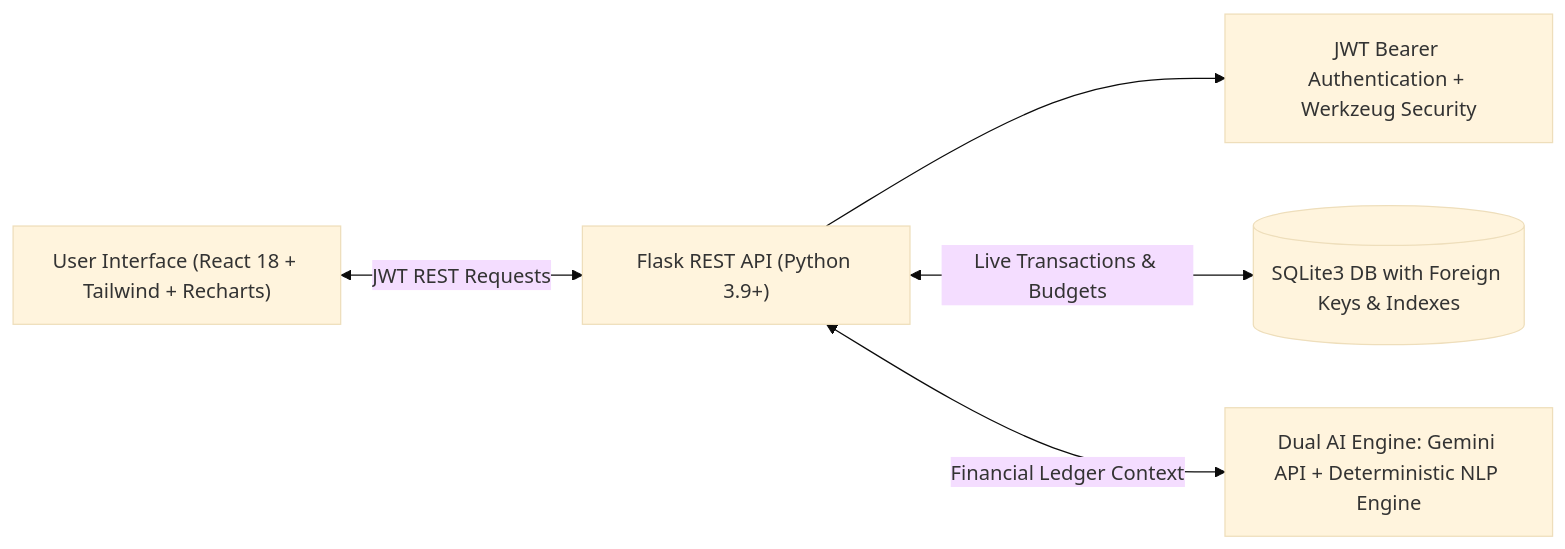
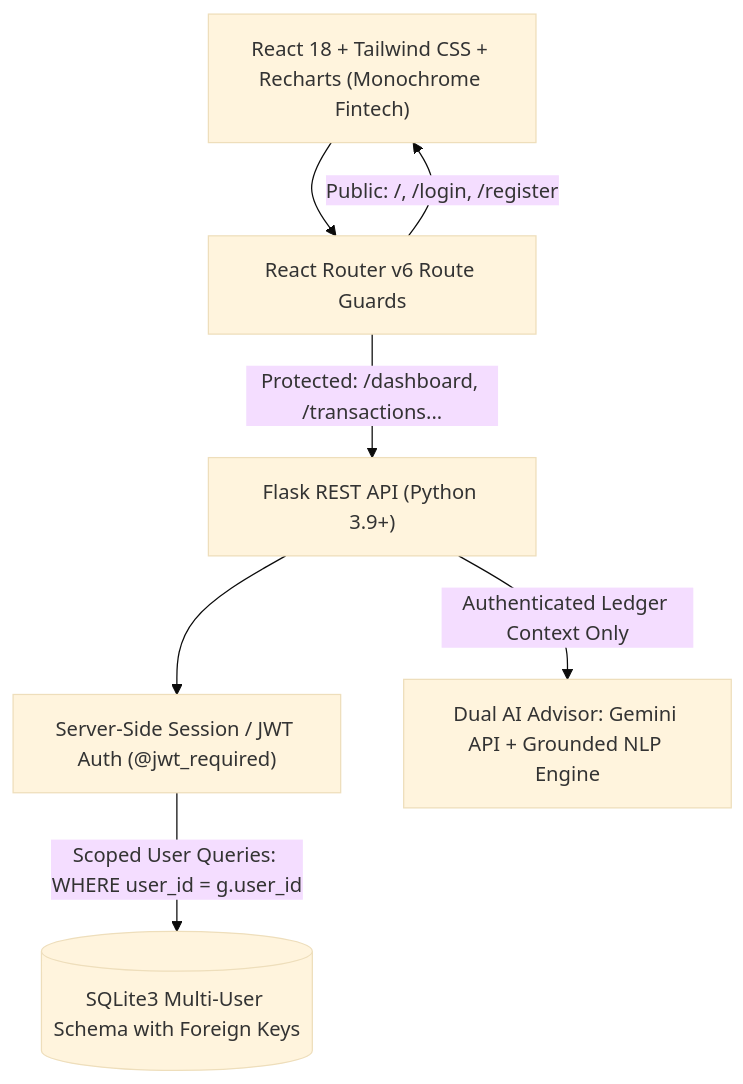
Before and after one commit to vipinkmenon-dev/FinAI: the diagram in README.md, drawn with Mermaid (base theme). The commit also changed other lines of this file and 35 other files, not shown here.

Commit message:
Upgrade FinAI: Multi-user isolation, clean zero-record defaults, React Router, and premium monochrome fintech design

````diff
--- a/README.md
+++ b/README.md
@@ -15,13 +28,16 @@
 ```mermaid
-graph LR
-    User["User Interface (React 18 + Tailwind + Recharts)"]
+graph TD
+    Client["React 18 + Tailwind CSS + Recharts (Monochrome Fintech)"]
+    Router["React Router v6 Route Guards"]
     API["Flask REST API (Python 3.9+)"]
-    Auth["JWT Bearer Authentication + Werkzeug Security"]
-    DB[(SQLite3 DB with Foreign Keys & Indexes)]
-    AI["Dual AI Engine: Gemini API + Deterministic NLP Engine"]
+    Auth["Server-Side Session / JWT Auth (@jwt_required)"]
+    DB[(SQLite3 Multi-User Schema with Foreign Keys)]
+    AI["Dual AI Advisor: Gemini API + Grounded NLP Engine"]
 
-    User <-->|JWT REST Requests| API
+    Client --> Router
+    Router -->|Public: /, /login, /register| Client
+    Router -->|Protected: /dashboard, /transactions...| API
     API --> Auth
-    API <-->|Live Transactions & Budgets| DB
-    API <-->|Financial Ledger Context| AI
+    Auth -->|Scoped User Queries: WHERE user_id = g.user_id| DB
+    API -->|Authenticated Ledger Context Only| AI
 ```
````
